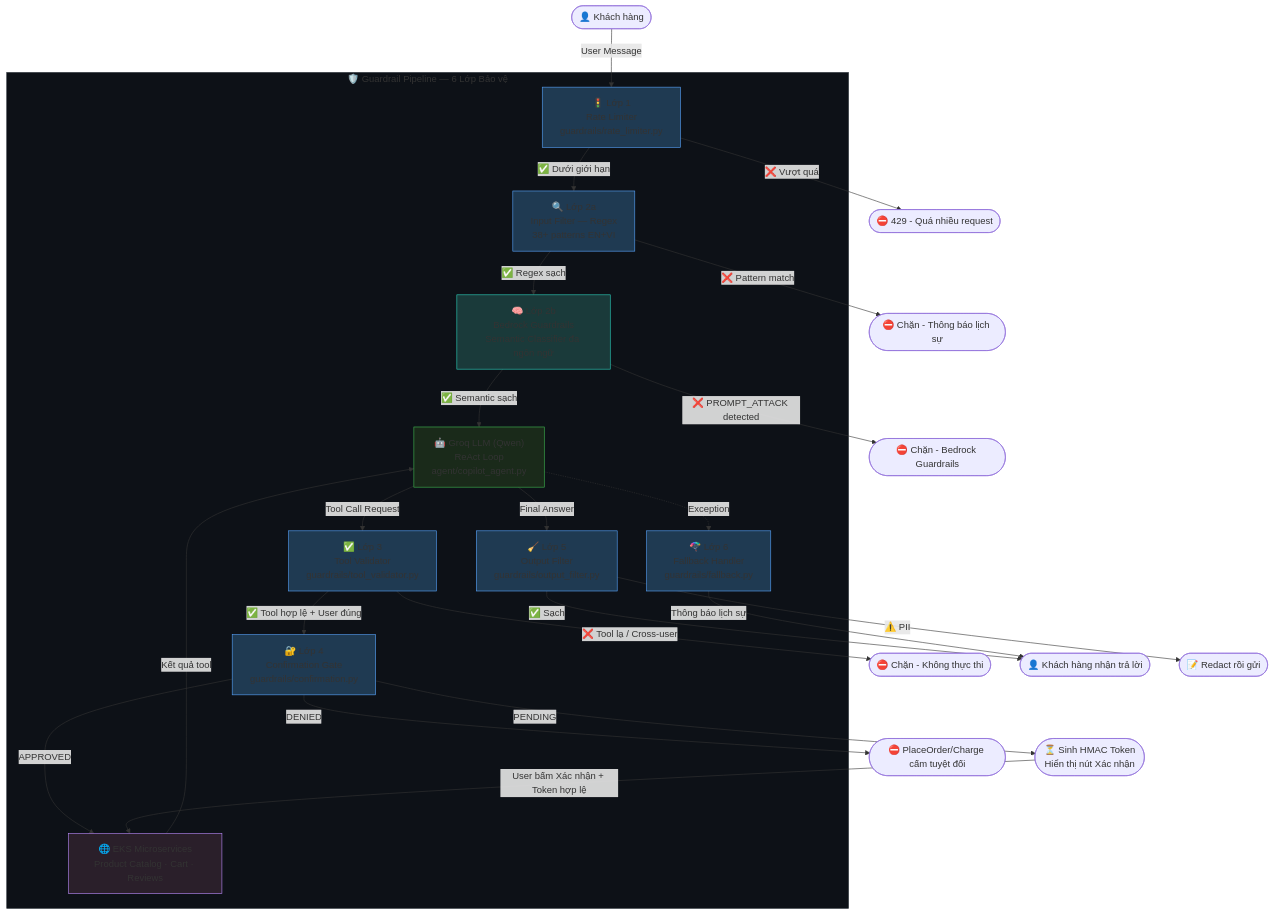
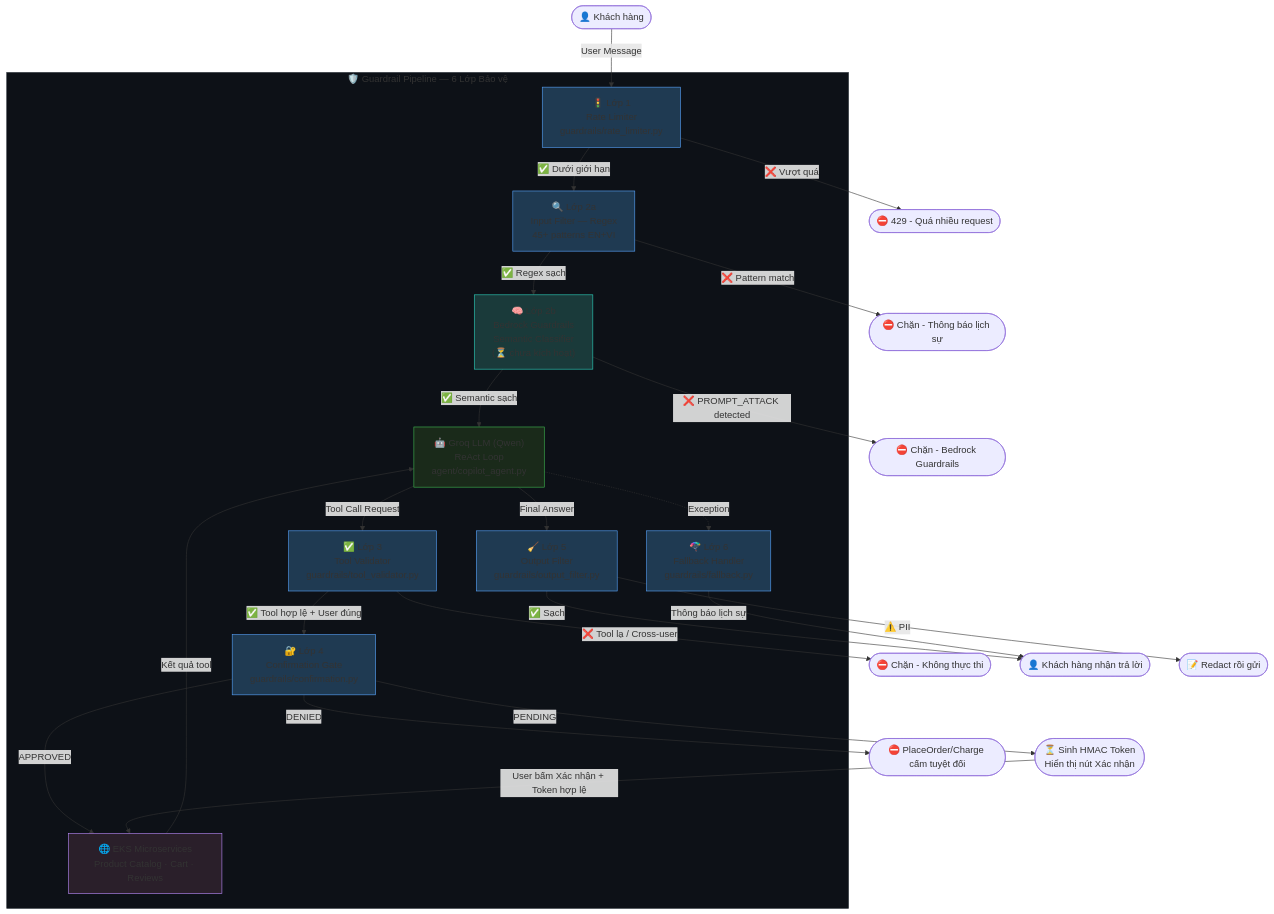
The first of 2 diagrams in AIE2/shopping-copilot/docs/design/guardrail/guardrail_design_doc.md (DangThao195/AIO02_TF3_Phase3), drawn with Mermaid before and after one commit. The commit also changed other lines of this file and 13 other files, not shown here.

````diff
--- a/AIE2/shopping-copilot/docs/design/guardrail/guardrail_design_doc.md
+++ b/AIE2/shopping-copilot/docs/design/guardrail/guardrail_design_doc.md
@@ -63,54 +63,54 @@
 ```mermaid
 flowchart TD
     USER(["👤 Khách hàng"]) -->|User Message| A
 
     subgraph GUARDRAILS["🛡️ Guardrail Pipeline — 6 Lớp Bảo vệ"]
         A["🚦 Lớp 1\nRate Limiter\nguardrails/rate_limiter.py"]
-        B["🔍 Lớp 2a\nInput Filter — Regex\n38+ patterns EN+VI"]
-        B2["🧠 Lớp 2b\nBedrock Guardrails\nSemantic Classifier đa ngôn ngữ"]
+        B["🔍 Lớp 2a\nInput Filter — Regex\n45+ patterns EN+VI"]
+        B2["🧠 Lớp 2b\nBedrock Guardrails\nSemantic Classifier\n(⏳ chưa kích hoạt)"]
         C["🤖 Groq LLM (Qwen)\nReAct Loop\nagent/copilot_agent.py"]
         D["✅ Lớp 3\nTool Validator\nguardrails/tool_validator.py"]
         E["🔐 Lớp 4\nConfirmation Gate\nguardrails/confirmation.py"]
         F["🌐 EKS Microservices\nProduct Catalog · Cart · Reviews"]
         G["🧹 Lớp 5\nOutput Filter\nguardrails/output_filter.py"]
         H["🪂 Lớp 6\nFallback Handler\nguardrails/fallback.py"]
     end
 
     A -->|✅ Dưới giới hạn| B
     A -->|❌ Vượt quá| RATE_BLOCK(["⛔ 429 - Quá nhiều request"])
 
     B -->|✅ Regex sạch| B2
     B -->|❌ Pattern match| INPUT_BLOCK(["⛔ Chặn - Thông báo lịch sự"])
 
     B2 -->|✅ Semantic sạch| C
     B2 -->|❌ PROMPT_ATTACK detected| INPUT_BLOCK2(["⛔ Chặn - Bedrock Guardrails"])
 
     C -->|Tool Call Request| D
     D -->|✅ Tool hợp lệ + User đúng| E
     D -->|❌ Tool lạ / Cross-user| TOOL_BLOCK(["⛔ Chặn - Không thực thi"])
 
     E -->|DENIED| DENY_BLOCK(["⛔ PlaceOrder/Charge cấm tuyệt đối"])
     E -->|PENDING| PENDING(["⏳ Sinh HMAC Token\nHiển thị nút Xác nhận"])
     E -->|APPROVED| F
 
     PENDING -->|User bấm Xác nhận + Token hợp lệ| F
     F -->|Kết quả tool| C
 
     C -->|Final Answer| G
     G -->|✅ Sạch| USER2(["👤 Khách hàng nhận trả lời"])
     G -->|⚠️ PII| REDACT(["📝 Redact rồi gửi"])
 
     C -.->|Exception| H
     H -->|Thông báo lịch sự| USER2
 
     style GUARDRAILS fill:#0d1117,stroke:#30363d
     style A fill:#1f3a52,stroke:#58a6ff
     style B fill:#1f3a52,stroke:#58a6ff
     style B2 fill:#1a3a3a,stroke:#2dd4bf
     style D fill:#1f3a52,stroke:#58a6ff
     style E fill:#1f3a52,stroke:#58a6ff
     style G fill:#1f3a52,stroke:#58a6ff
     style H fill:#1f3a52,stroke:#58a6ff
     style C fill:#1a2a1a,stroke:#3fb950
     style F fill:#2a1f2a,stroke:#bc8cff
 ```
````
